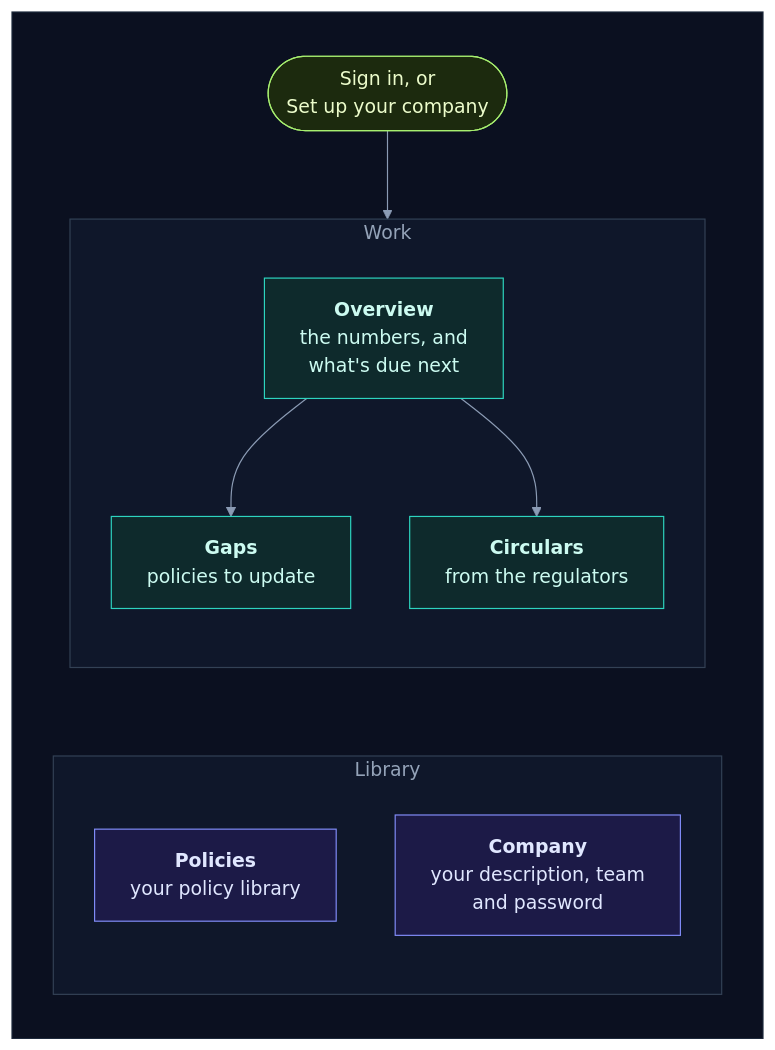
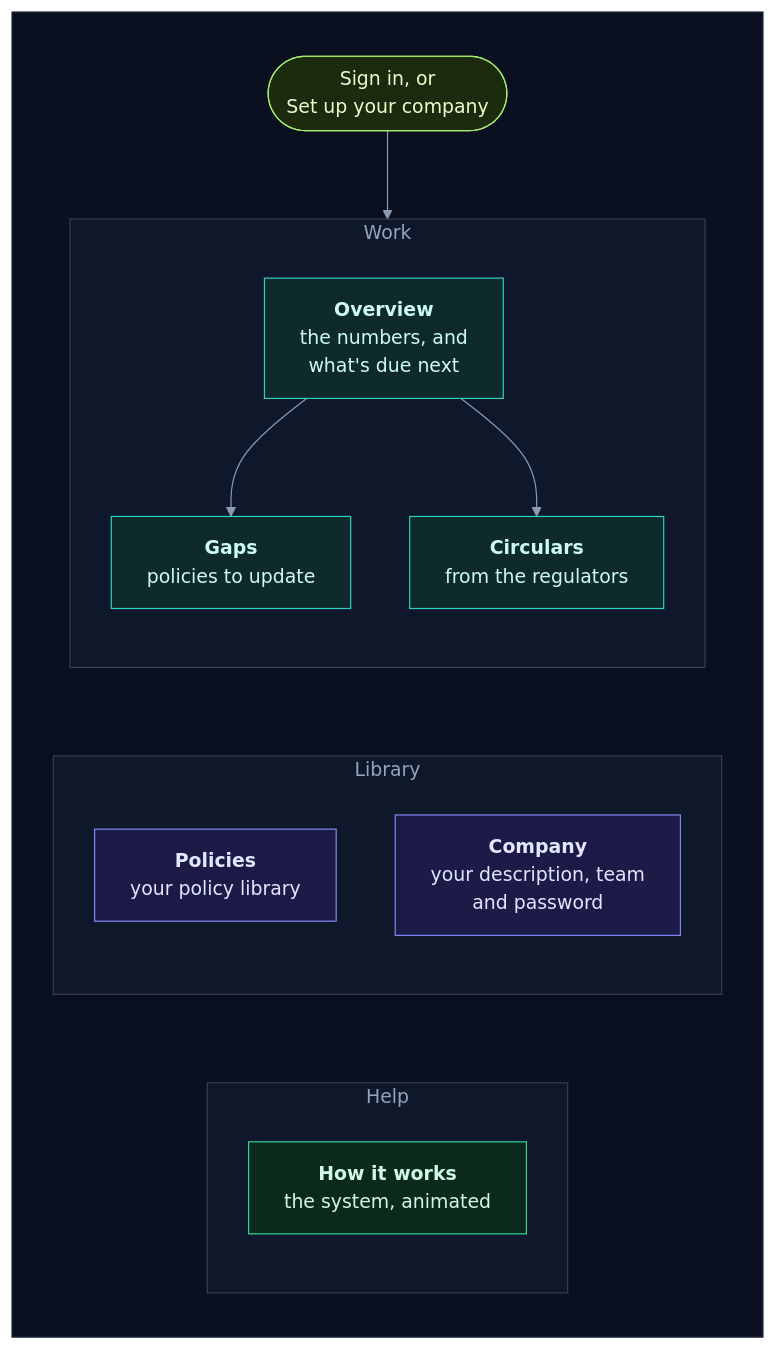
Before and after one commit to selvakumarperumal/Regulatory_Circular_Impact_Agent: diagram 41 of 57 in how_it_works.md, drawn with Mermaid. The commit also changed other lines of this file and 10 other files, not shown here.

````diff
--- a/how_it_works.md
+++ b/how_it_works.md
@@ -2124,38 +2124,45 @@
 ```mermaid
 %%{init: {"theme": "base", "flowchart": {"diagramPadding": 0}, "themeVariables": {"darkMode": true, "primaryColor": "#16213a", "primaryTextColor": "#e6edf7", "primaryBorderColor": "#475a7a", "lineColor": "#8b9bb4", "secondaryColor": "#1b2436", "tertiaryColor": "#101a2e", "edgeLabelBackground": "#0f172a", "textColor": "#e2e8f0", "clusterBkg": "#0f1728", "clusterBorder": "#2b3a55", "titleColor": "#c4b5fd", "nodeTextColor": "#e6edf7"}}}%%
 flowchart TD
     subgraph canvas[" "]
         direction TB
         in(["Sign in, or<br/>Set up your company"]) --> ov
         subgraph work["Work"]
             direction TB
             ov["<b>Overview</b><br/>the numbers, and<br/>what's due next"]
             ga["<b>Gaps</b><br/>policies to update"]
             ci["<b>Circulars</b><br/>from the regulators"]
         end
         subgraph lib["Library"]
             direction TB
             po["<b>Policies</b><br/>your policy library"]
             co["<b>Company</b><br/>your description, team<br/>and password"]
         end
+        subgraph help["Help"]
+            direction TB
+            hw["<b>How it works</b><br/>the system, animated"]
+        end
         ov --> ga
         ov --> ci
         ov ~~~ po
+        co ~~~ hw
     end
     classDef svc fill:#0e2a2c,stroke:#2dd4bf,color:#ccfbf1
     classDef data fill:#1c1a47,stroke:#818cf8,color:#e0e7ff
     classDef ext fill:#2a1640,stroke:#c084fc,color:#f3e8ff
     classDef gpu fill:#2d1b0c,stroke:#fb923c,color:#ffedd5
     classDef ask fill:#2a2410,stroke:#fbbf24,color:#fef3c7
     classDef ok fill:#0b2a1c,stroke:#34d399,color:#d1fae5
     classDef bad fill:#2e0f17,stroke:#fb7185,color:#ffe4e6
     classDef start fill:#1c2a0e,stroke:#a7ef6f,color:#ecfccb
     classDef muted fill:#1a2130,stroke:#64748b,color:#cbd5e1
     classDef queue fill:#0c2231,stroke:#38bdf8,color:#e0f2fe
     class in start
     class ov,ga,ci svc
     class po,co data
+    class hw ok
     style work fill:#0f172a,stroke:#334155,color:#94a3b8
     style lib fill:#0f172a,stroke:#334155,color:#94a3b8
+    style help fill:#0f172a,stroke:#334155,color:#94a3b8
     style canvas fill:#0b1020,stroke:#1e293b,color:#0b1020
 ```
````
